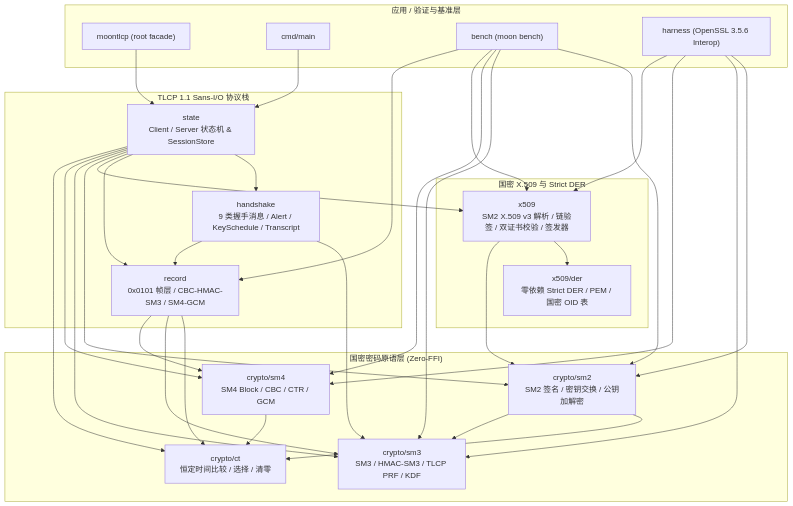
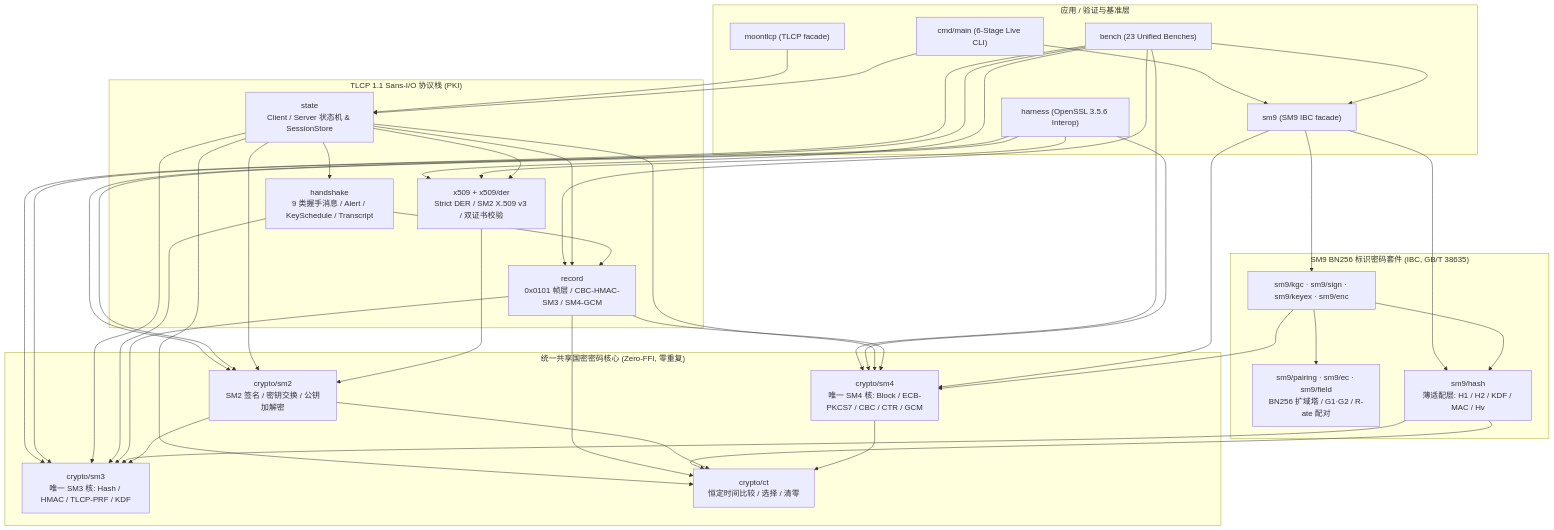
Before and after one commit to CoolrfulDARkness/moontlcp: the diagram in docs/ARCHITECTURE.md, drawn with Mermaid. The commit also changed other lines of this file and 59 other files, not shown here.

Commit message:
feat(sm9): integrate GB/T 38635-2020 SM9 IBC suite sharing crypto/sm3, crypto/sm4, and crypto/ct

````diff
--- a/docs/ARCHITECTURE.md
+++ b/docs/ARCHITECTURE.md
@@ -13,61 +13,71 @@
 ```mermaid
 flowchart TD
     subgraph App["应用 / 验证与基准层"]
-        ROOT["moontlcp (root facade)"]
-        CMD["cmd/main"]
-        BENCH["bench (moon bench)"]
+        ROOT["moontlcp (TLCP facade)"]
+        SM9ROOT["sm9 (SM9 IBC facade)"]
+        CMD["cmd/main (6-Stage Live CLI)"]
+        BENCH["bench (23 Unified Benches)"]
         HARNESS["harness (OpenSSL 3.5.6 Interop)"]
     end
 
-    subgraph Proto["TLCP 1.1 Sans-I/O 协议栈"]
+    subgraph Proto["TLCP 1.1 Sans-I/O 协议栈 (PKI)"]
         STATE["state\nClient / Server 状态机 & SessionStore"]
         HS["handshake\n9 类握手消息 / Alert / KeySchedule / Transcript"]
         REC["record\n0x0101 帧层 / CBC-HMAC-SM3 / SM4-GCM"]
+        X509["x509 + x509/der\nStrict DER / SM2 X.509 v3 / 双证书校验"]
     end
 
-    subgraph PKI["国密 X.509 与 Strict DER"]
-        X509["x509\nSM2 X.509 v3 解析 / 链验签 / 双证书校验 / 签发器"]
-        DER["x509/der\n零依赖 Strict DER / PEM / 国密 OID 表"]
+    subgraph SM9Suite["SM9 BN256 标识密码套件 (IBC, GB/T 38635)"]
+        SM9PROTO["sm9/kgc · sm9/sign · sm9/keyex · sm9/enc"]
+        SM9MATH["sm9/pairing · sm9/ec · sm9/field\nBN256 扩域塔 / G1·G2 / R-ate 配对"]
+        SM9HASH["sm9/hash\n薄适配层: H1 / H2 / KDF / MAC / Hv"]
     end
 
-    subgraph Crypto["国密密码原语层 (Zero-FFI)"]
+    subgraph Crypto["统一共享国密密码核心 (Zero-FFI, 零重复)"]
         SM2["crypto/sm2\nSM2 签名 / 密钥交换 / 公钥加解密"]
-        SM4["crypto/sm4\nSM4 Block / CBC / CTR / GCM"]
-        SM3["crypto/sm3\nSM3 / HMAC-SM3 / TLCP PRF / KDF"]
+        SM4["crypto/sm4\n唯一 SM4 核: Block / ECB-PKCS7 / CBC / CTR / GCM"]
+        SM3["crypto/sm3\n唯一 SM3 核: Hash / HMAC / TLCP-PRF / KDF"]
         CT["crypto/ct\n恒定时间比较 / 选择 / 清零"]
     end
 
     ROOT --> STATE
     CMD --> STATE
+    CMD --> SM9ROOT
     BENCH --> SM2
     BENCH --> SM3
     BENCH --> SM4
     BENCH --> X509
     BENCH --> REC
+    BENCH --> SM9ROOT
     HARNESS --> SM2
     HARNESS --> SM3
     HARNESS --> SM4
     HARNESS --> X509
 
     STATE --> HS
     STATE --> REC
     STATE --> X509
     STATE --> SM2
     STATE --> SM3
     STATE --> SM4
     STATE --> CT
-
     HS --> SM3
     HS --> REC
-
     REC --> CT
     REC --> SM3
     REC --> SM4
+    X509 --> SM2
 
-    X509 --> DER
-    X509 --> SM2
+    SM9ROOT --> SM9PROTO
+    SM9ROOT --> SM9HASH
+    SM9ROOT --> SM4
+    SM9PROTO --> SM9MATH
+    SM9PROTO --> SM9HASH
+    SM9PROTO --> SM4
+    SM9HASH --> SM3
+    SM9HASH --> CT
 
     SM2 --> CT
     SM2 --> SM3
     SM4 --> CT
 ```
````
